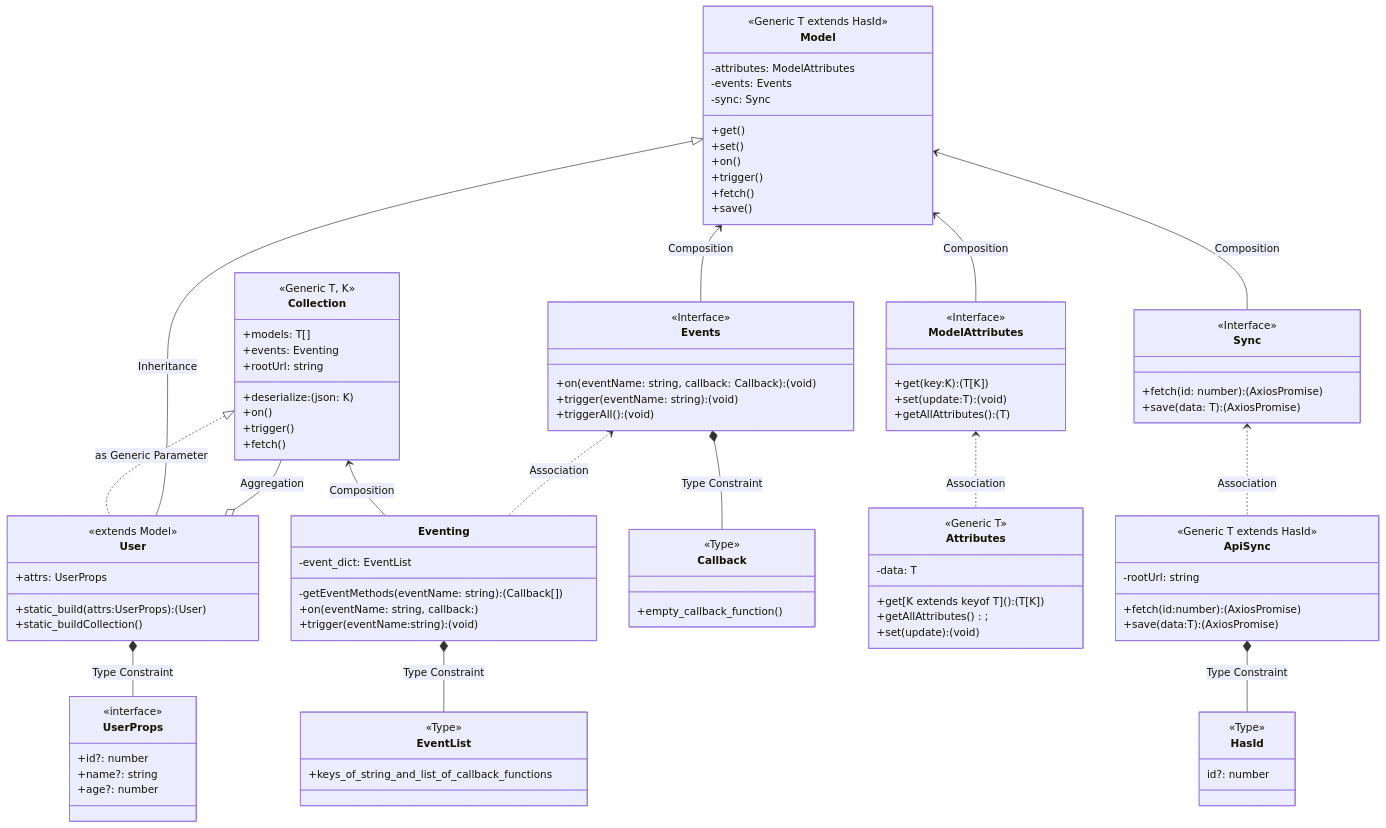
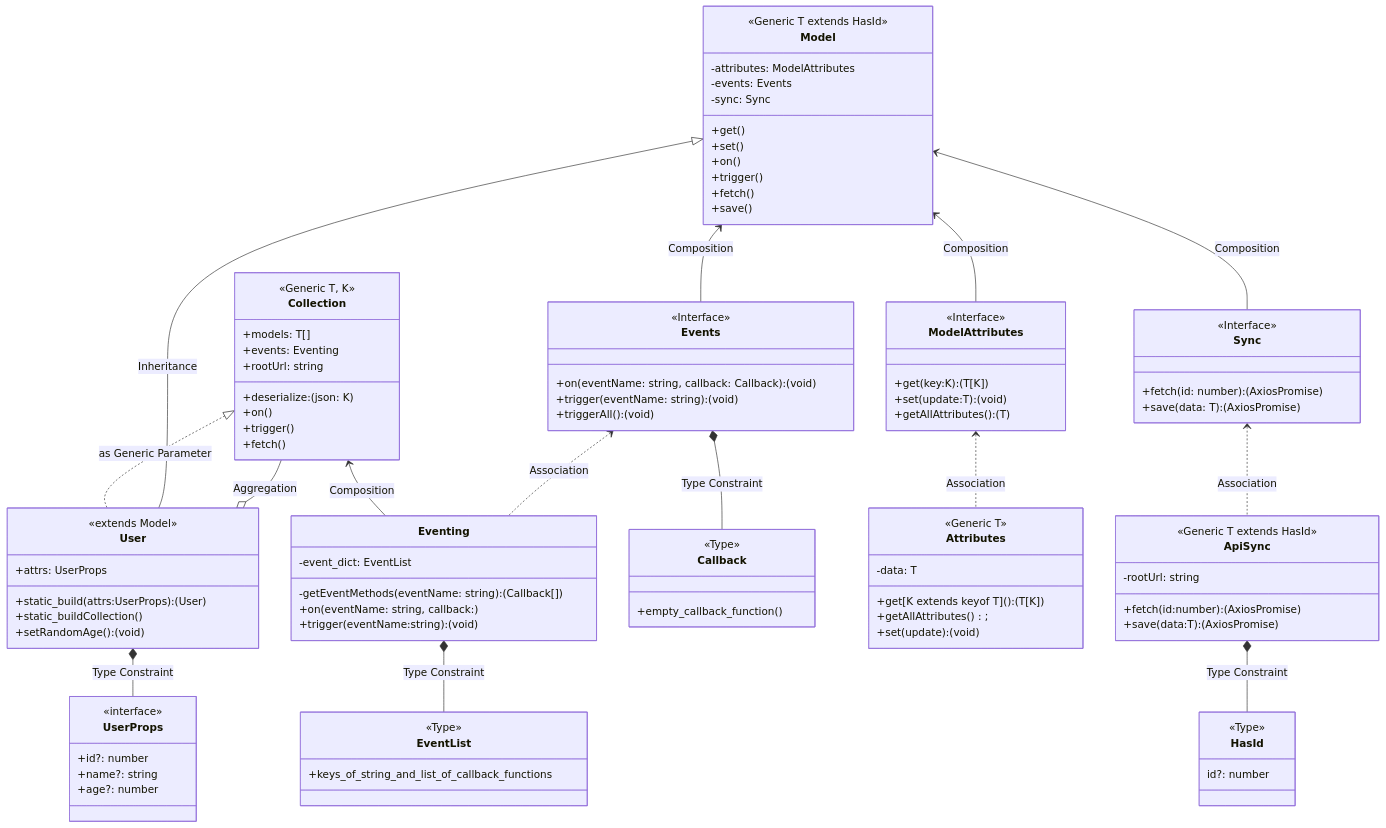
One commit to frzhen/typescript-web-framework changed the third of 4 diagrams in README.md. Above: the diagram before and after it, drawn with Mermaid. The commit also changed other lines of this file and 3 other files, not shown here.

```diff
--- a/README.md
+++ b/README.md
@@ -175,6 +175,7 @@
    +attrs: UserProps
    +static_build(attrs:UserProps): (User)
    +static_buildCollection()
+   +setRandomAge():(void)
    }
    class UserProps {
    <<interface>>
```
